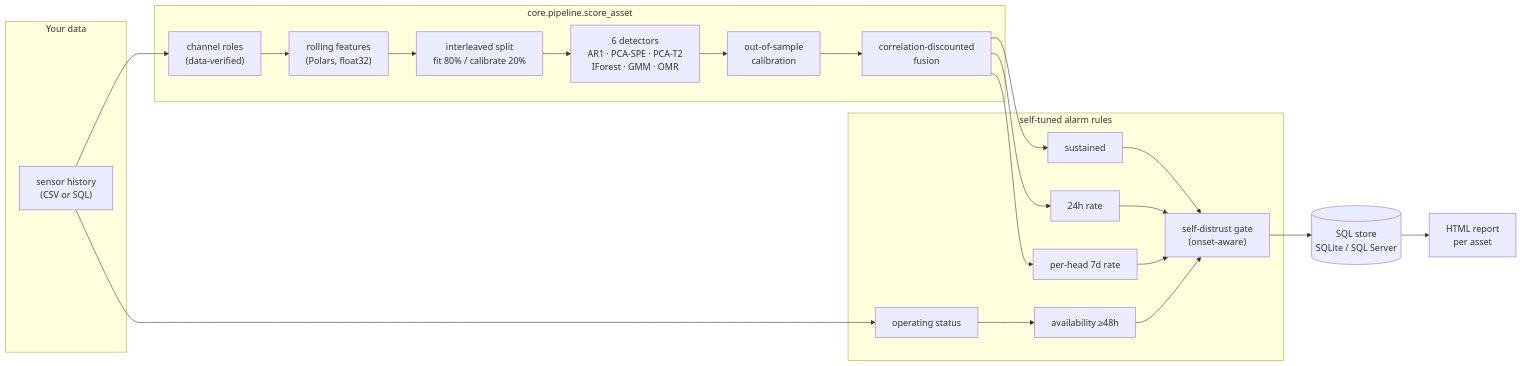
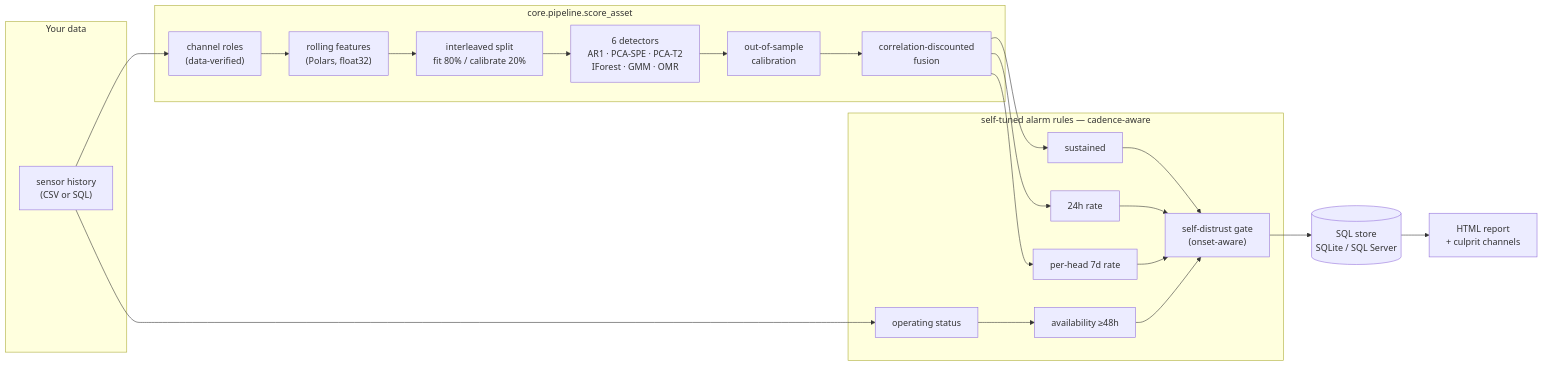
One commit to bhadkamkar9snehil/ACM changed the diagram in README.md. Above: the diagram before and after it, drawn with Mermaid. The commit also changed other lines of this file and 1 other file, not shown here.

````diff
--- a/README.md
+++ b/README.md
@@ -31,24 +53,24 @@
 ```mermaid
 flowchart LR
     subgraph input [Your data]
         H["sensor history<br/>(CSV or SQL)"]
     end
     subgraph pipeline [core.pipeline.score_asset]
         CR["channel roles<br/>(data-verified)"] --> FE["rolling features<br/>(Polars, float32)"]
         FE --> SPLIT["interleaved split<br/>fit 80% / calibrate 20%"]
         SPLIT --> DET["6 detectors<br/>AR1 · PCA-SPE · PCA-T2<br/>IForest · GMM · OMR"]
         DET --> CAL["out-of-sample<br/>calibration"]
         CAL --> FUS["correlation-discounted<br/>fusion"]
     end
-    subgraph rules [self-tuned alarm rules]
+    subgraph rules [self-tuned alarm rules — cadence-aware]
         FUS --> R1[sustained]
         FUS --> R2["24h rate"]
         FUS --> R3["per-head 7d rate"]
         ST["operating status"] --> R4["availability ≥48h"]
         R1 & R2 & R3 & R4 --> DG["self-distrust gate<br/>(onset-aware)"]
     end
     H --> CR
     H --> ST
     DG --> SQL[("SQL store<br/>SQLite / SQL Server")]
-    SQL --> REP["HTML report<br/>per asset"]
+    SQL --> REP["HTML report<br/>+ culprit channels"]
 ```
````
